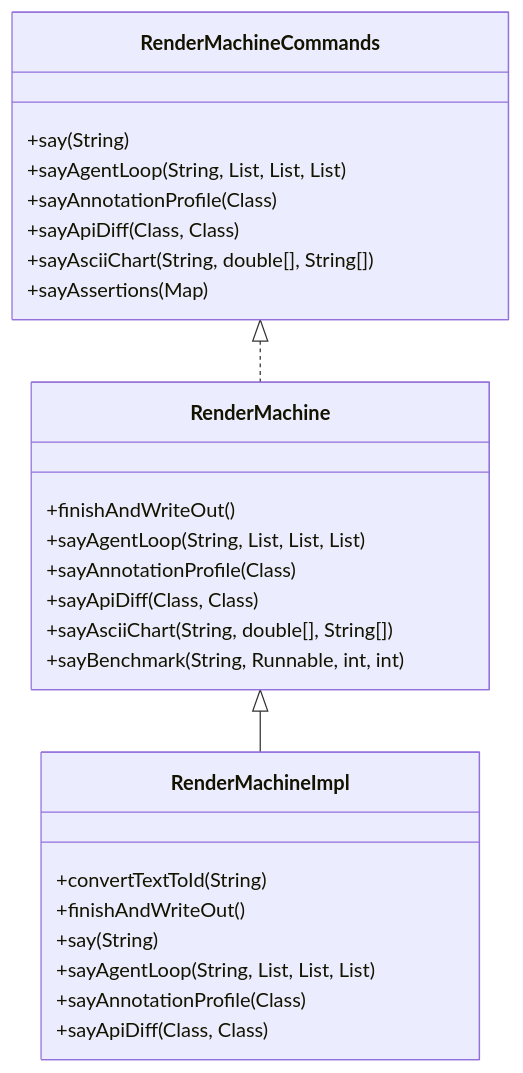
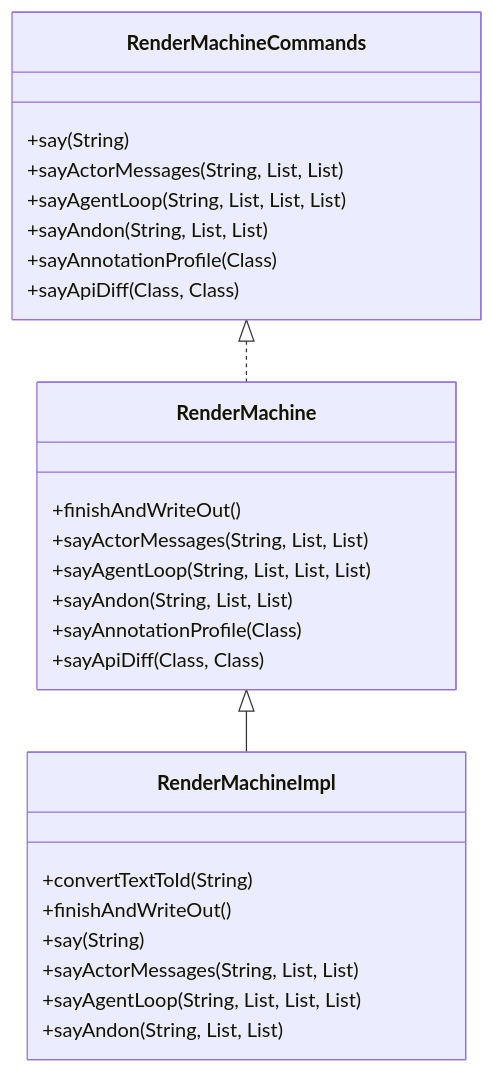
Before and after one commit to seanchatmangpt/dtr: the second of 2 diagrams in dtr-core/docs/test/io.github.seanchatmangpt.dtr.test.BlueOceanInnovationsTest.md, drawn with Mermaid. The commit also changed other lines of this file and 29 other files, not shown here.

````diff
--- a/dtr-core/docs/test/io.github.seanchatmangpt.dtr.test.BlueOceanInnovationsTest.md
+++ b/dtr-core/docs/test/io.github.seanchatmangpt.dtr.test.BlueOceanInnovationsTest.md
@@ -145,29 +145,29 @@
 ```mermaid
 classDiagram
     RenderMachineCommands <|.. RenderMachine
     RenderMachine <|-- RenderMachineImpl
     class RenderMachine {
         +finishAndWriteOut()
+        +sayActorMessages(String, List, List)
         +sayAgentLoop(String, List, List, List)
+        +sayAndon(String, List, List)
         +sayAnnotationProfile(Class)
         +sayApiDiff(Class, Class)
-        +sayAsciiChart(String, double[], String[])
-        +sayBenchmark(String, Runnable, int, int)
     }
     class RenderMachineImpl {
         +convertTextToId(String)
         +finishAndWriteOut()
         +say(String)
+        +sayActorMessages(String, List, List)
         +sayAgentLoop(String, List, List, List)
+        +sayAndon(String, List, List)
+    }
+    class RenderMachineCommands {
+        +say(String)
+        +sayActorMessages(String, List, List)
+        +sayAgentLoop(String, List, List, List)
+        +sayAndon(String, List, List)
         +sayAnnotationProfile(Class)
         +sayApiDiff(Class, Class)
     }
-    class RenderMachineCommands {
-        +say(String)
-        +sayAgentLoop(String, List, List, List)
-        +sayAnnotationProfile(Class)
-        +sayApiDiff(Class, Class)
-        +sayAsciiChart(String, double[], String[])
-        +sayAssertions(Map)
-    }
 ```
````
